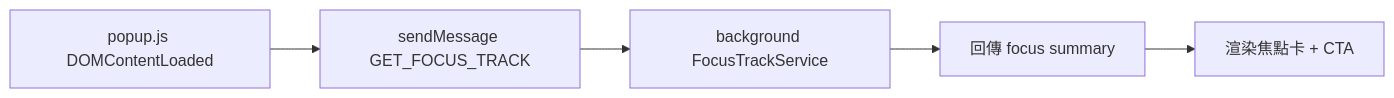
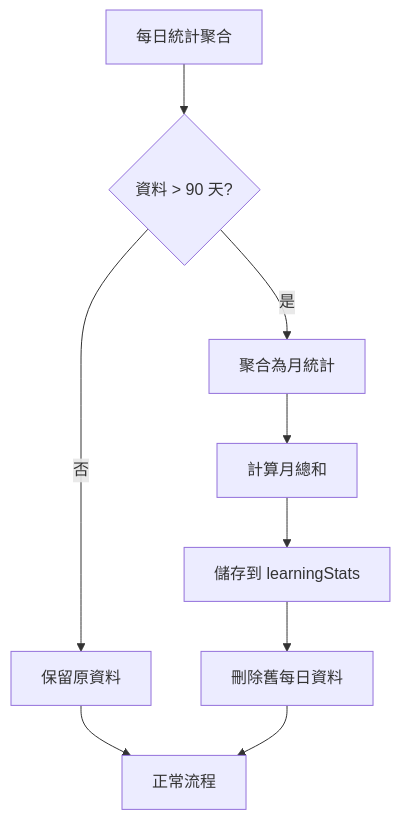
One commit to kylecheng3146/highlighting-translate changed the seventh of 9 diagrams in .shared/05-flow-diagrams.md. Above: the diagram before and after it, drawn with Mermaid. The commit also changed other lines of this file and 33 other files, not shown here.

````diff
--- a/.shared/05-flow-diagrams.md
+++ b/.shared/05-flow-diagrams.md
@@ -42,7 +165,14 @@
 ```mermaid
-flowchart LR
-    A[popup.js DOMContentLoaded] --> B[sendMessage GET_FOCUS_TRACK]
-    B --> C[background FocusTrackService]
-    C --> D[回傳 focus summary]
-    D --> E[渲染焦點卡 + CTA]
+flowchart TD
+    A[每日統計聚合] --> B{資料 > 90 天?}
+    B -->|是| C[聚合為月統計]
+    B -->|否| D[保留原資料]
+    
+    C --> E[計算月總和]
+    E --> F[儲存到 learningStats]
+    F --> G[刪除舊每日資料]
+    
+    D --> H[正常流程]
+    
+    G --> H
 ```
````
